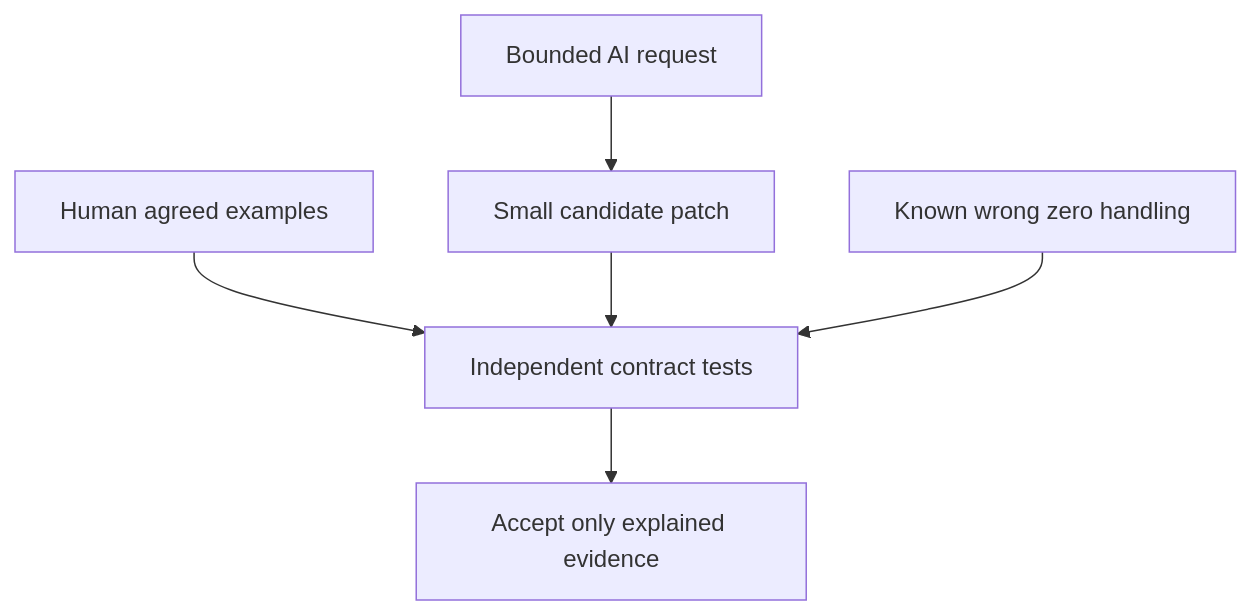
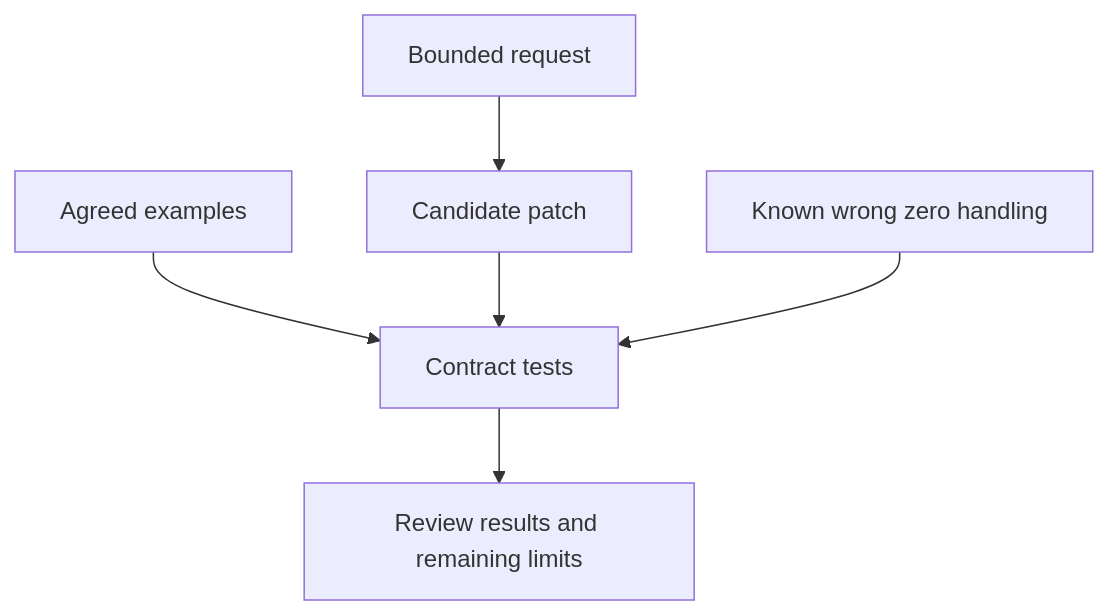
Before and after one commit to Soulful-Iris/junior-to-staff: the second of 3 diagrams in curriculum/01-code/01-problem-solving/working-with-ai.md, drawn with Mermaid. The commit also changed other lines of this file and 1 other file, not shown here.

First line of the commit message:
docs(chapter-01): teach evidence-based review without false absolutes

````diff
--- a/curriculum/01-code/01-problem-solving/working-with-ai.md
+++ b/curriculum/01-code/01-problem-solving/working-with-ai.md
@@ -49,8 +42,8 @@
 ```mermaid
 flowchart TD
-  Contract[Human agreed examples] --> Tests[Independent contract tests]
-  Request[Bounded AI request] --> Code[Small candidate patch]
+  Contract[Agreed examples] --> Tests[Contract tests]
+  Request[Bounded request] --> Code[Candidate patch]
   Code --> Tests
   Mutant[Known wrong zero handling] --> Tests
-  Tests --> Decision[Accept only explained evidence]
+  Tests --> Decision[Review results and remaining limits]
 ```
````
